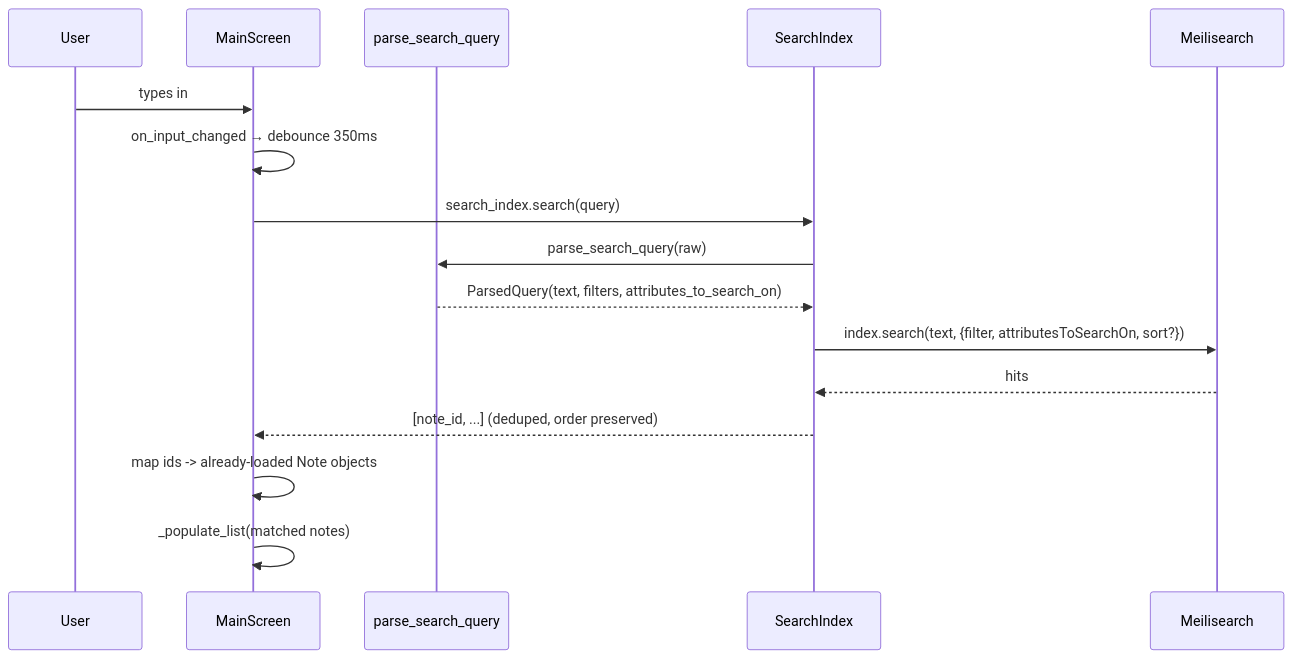
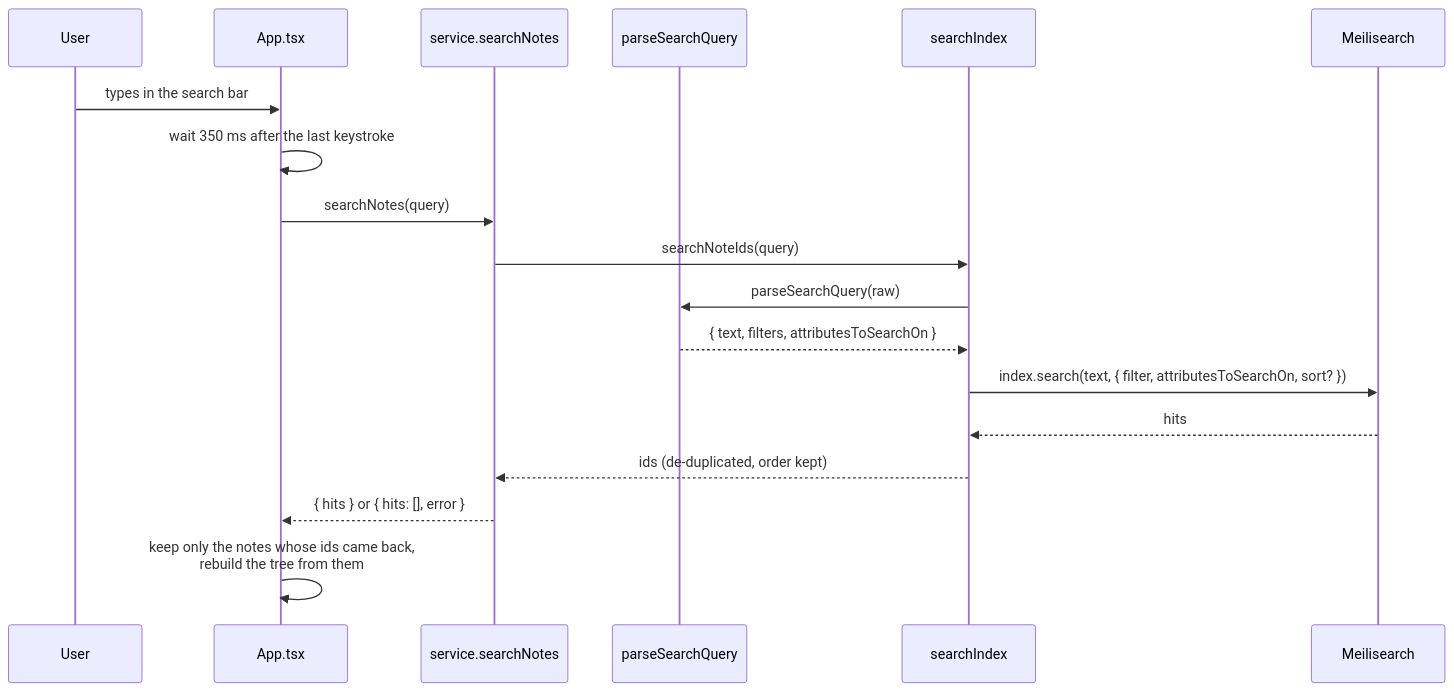
One commit to meddlin/composition changed the first of 2 diagrams in docs/architecture/search.md. Above: the diagram before and after it, drawn with Mermaid. The commit also changed other lines of this file and 65 other files, not shown here.

````diff
--- a/docs/architecture/search.md
+++ b/docs/architecture/search.md
@@ -13,19 +17,21 @@
 ```mermaid
 sequenceDiagram
     participant User
-    participant Main as MainScreen
-    participant Parse as parse_search_query
-    participant Idx as SearchIndex
+    participant App as App.tsx
+    participant Svc as service.searchNotes
+    participant Parse as parseSearchQuery
+    participant Idx as searchIndex
     participant Meili as Meilisearch
 
-    User->>Main: types in #search-input
-    Main->>Main: on_input_changed → debounce 350ms
-    Main->>Idx: search_index.search(query)
-    Idx->>Parse: parse_search_query(raw)
-    Parse-->>Idx: ParsedQuery(text, filters, attributes_to_search_on)
-    Idx->>Meili: index.search(text, {filter, attributesToSearchOn, sort?})
+    User->>App: types in the search bar
+    App->>App: wait 350 ms after the last keystroke
+    App->>Svc: searchNotes(query)
+    Svc->>Idx: searchNoteIds(query)
+    Idx->>Parse: parseSearchQuery(raw)
+    Parse-->>Idx: { text, filters, attributesToSearchOn }
+    Idx->>Meili: index.search(text, { filter, attributesToSearchOn, sort? })
     Meili-->>Idx: hits
-    Idx-->>Main: [note_id, ...] (deduped, order preserved)
-    Main->>Main: map ids -> already-loaded Note objects
-    Main->>Main: _populate_list(matched notes)
+    Idx-->>Svc: ids (de-duplicated, order kept)
+    Svc-->>App: { hits } or { hits: [], error }
+    App->>App: keep only the notes whose ids came back,<br/>rebuild the tree from them
 ```
````
